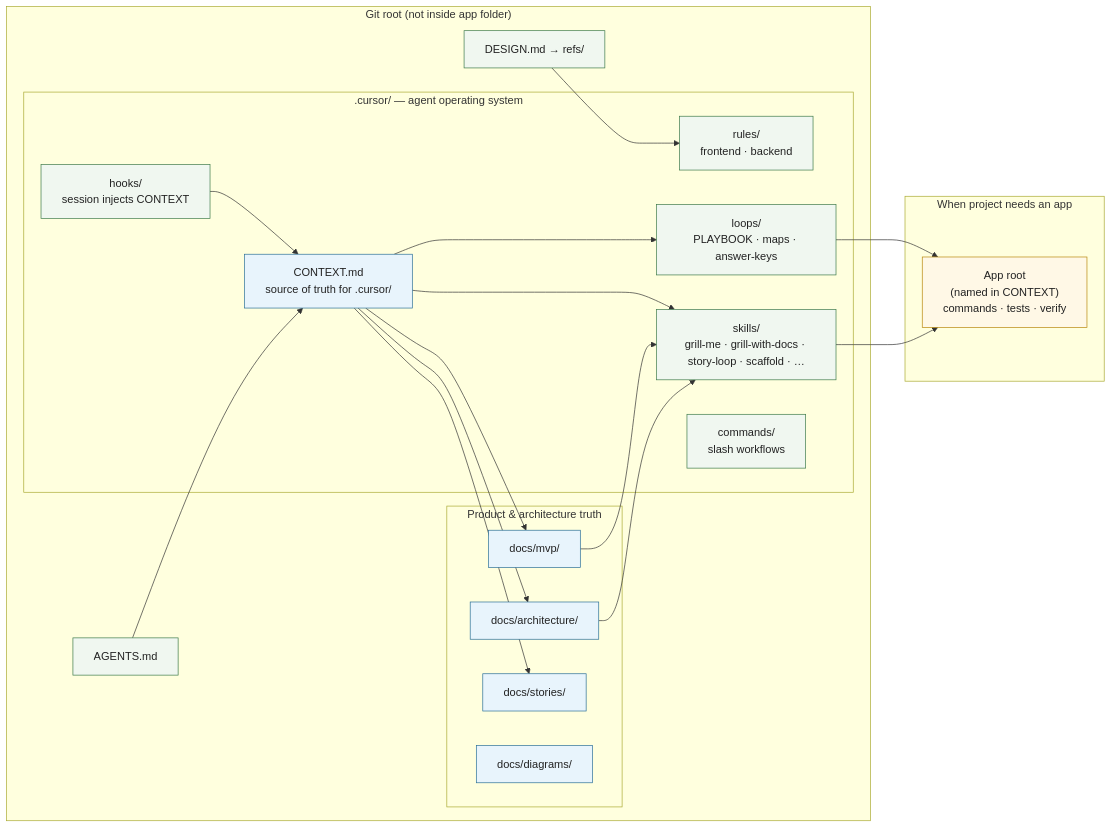
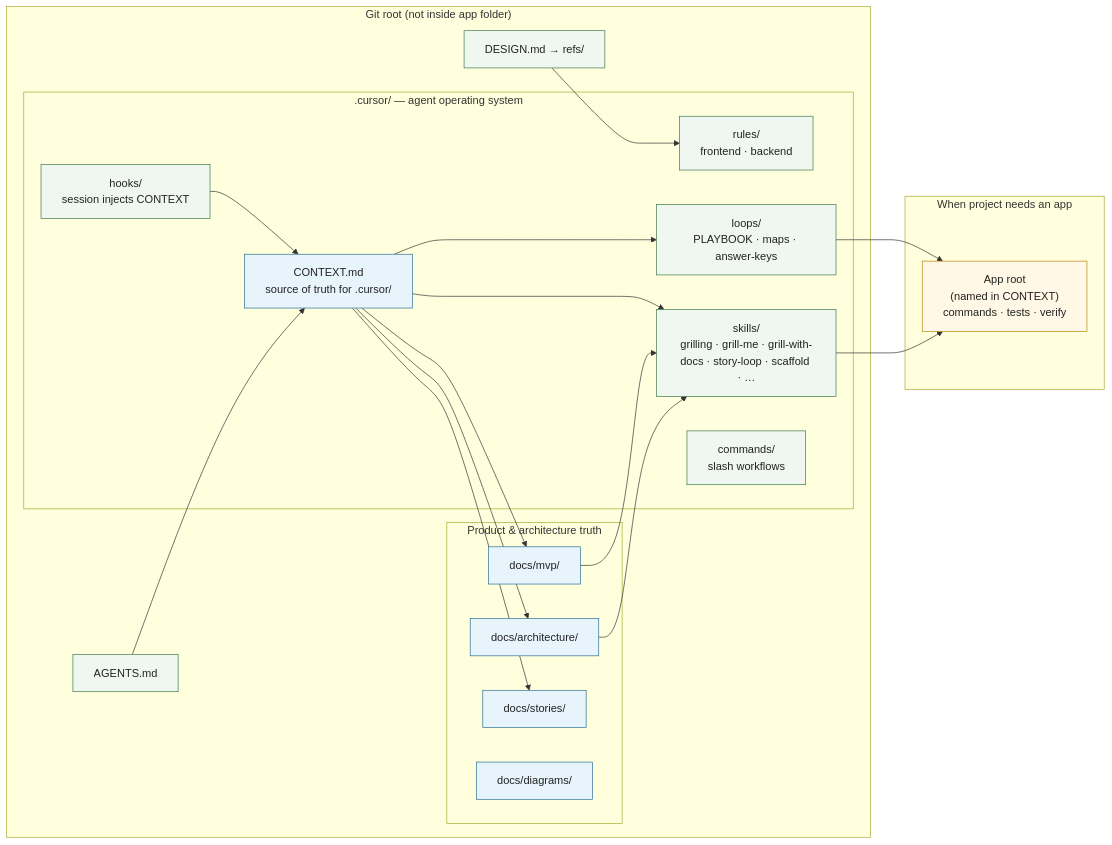
One commit to fukephp/esy_framework changed the diagram in docs/diagrams/truth-map.md. Above: the diagram before and after it, drawn with Mermaid. The commit also changed other lines of this file and 23 other files, not shown here.

````diff
--- a/docs/diagrams/truth-map.md
+++ b/docs/diagrams/truth-map.md
@@ -5,48 +5,48 @@
 ```mermaid
 flowchart LR
   subgraph gitRoot["Git root (not inside app folder)"]
     subgraph docsTruth["Product & architecture truth"]
       mvp["docs/mvp/"]
       arch["docs/architecture/"]
       stories["docs/stories/"]
       diagrams["docs/diagrams/"]
     end
 
     subgraph cursorLayer[".cursor/ — agent operating system"]
       context["CONTEXT.md<br/>source of truth for .cursor/"]
       rules["rules/<br/>frontend · backend"]
-      skills["skills/<br/>grill-me · grill-with-docs · story-loop · scaffold · …"]
+      skills["skills/<br/>grilling · grill-me · grill-with-docs · story-loop · scaffold · …"]
       loops["loops/<br/>PLAYBOOK · maps · answer-keys"]
       commands["commands/<br/>slash workflows"]
       hooks["hooks/<br/>session injects CONTEXT"]
     end
 
     agents["AGENTS.md"]
     design["DESIGN.md → refs/"]
   end
 
   subgraph appSide["When project needs an app"]
     appRoot["App root<br/>(named in CONTEXT)<br/>commands · tests · verify"]
   end
 
   hooks --> context
   context --> mvp
   context --> arch
   context --> stories
   context --> skills
   context --> loops
   agents --> context
   design --> rules
   mvp --> skills
   arch --> skills
   loops --> appRoot
   skills --> appRoot
 
   classDef truth fill:#e8f4fc,stroke:#2a6f97,color:#222
   classDef ops fill:#f0f7f0,stroke:#3d7a4a,color:#222
   classDef app fill:#fff8e6,stroke:#b8860b,color:#222
 
   class mvp,arch,stories,diagrams,context truth
   class rules,skills,loops,commands,hooks,agents,design ops
   class appRoot app
 ```
````
